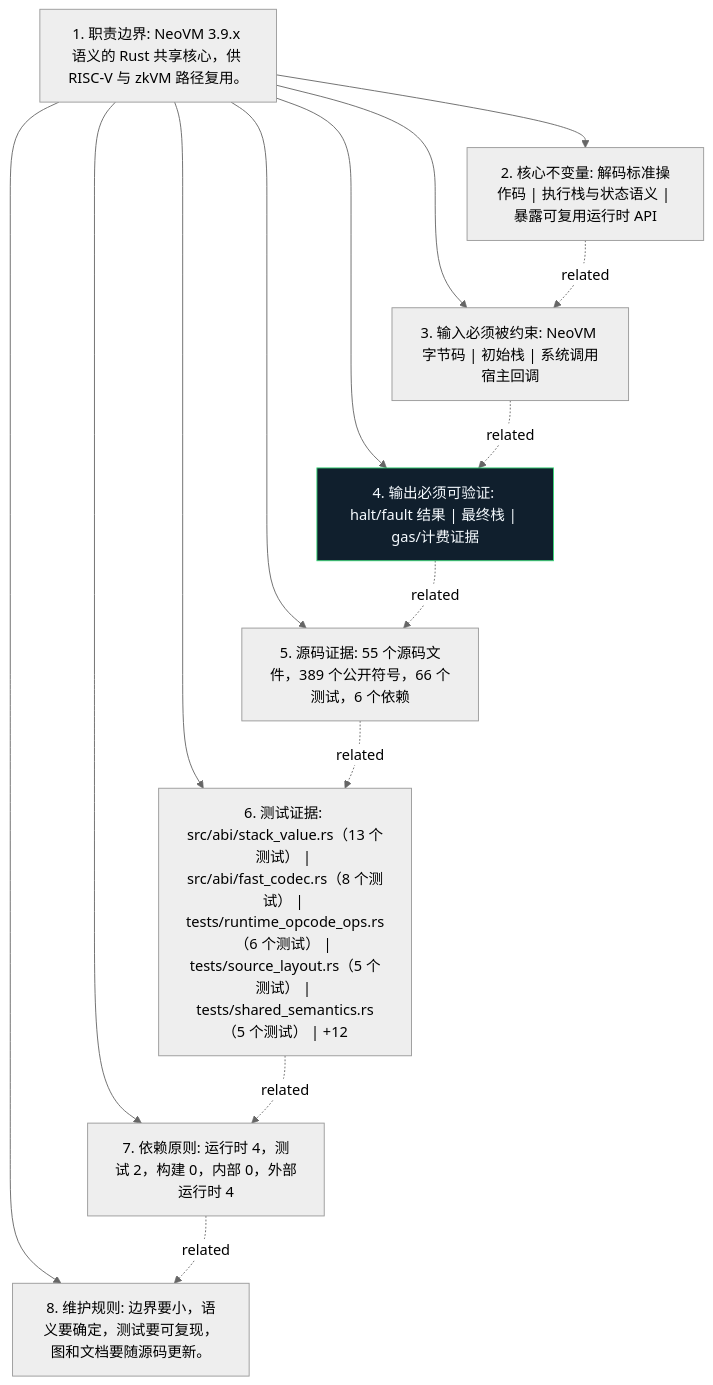
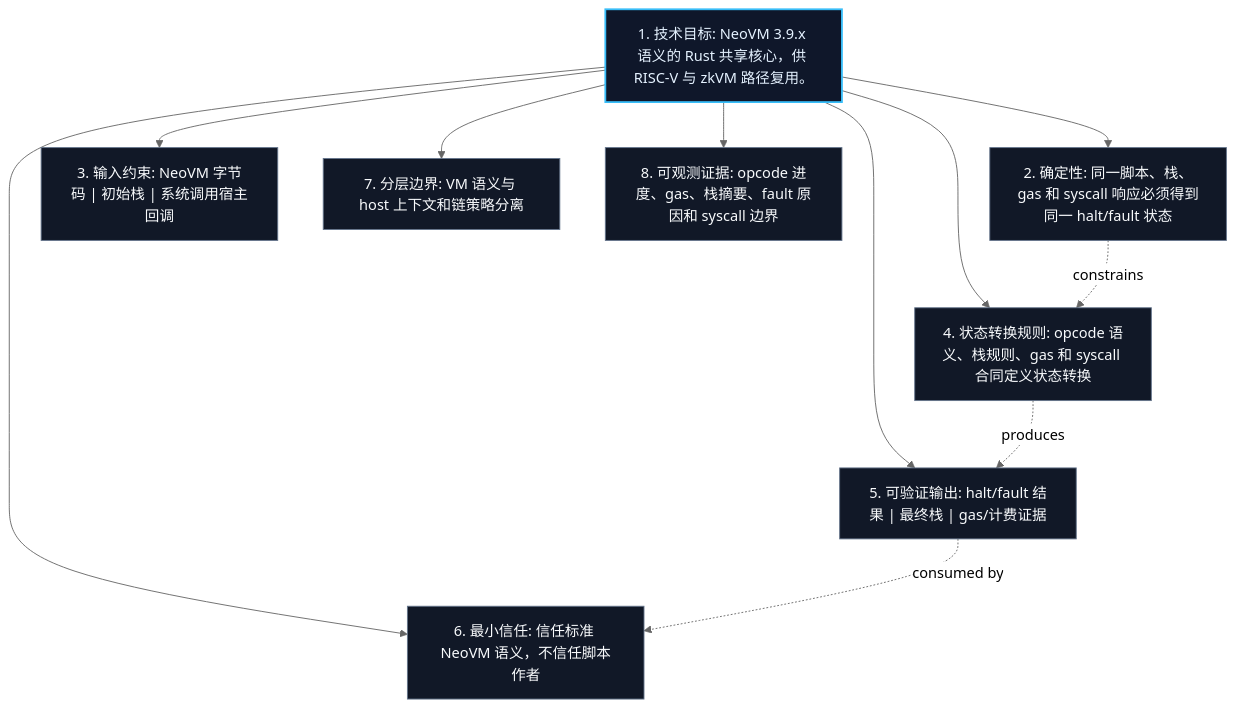
Before and after one commit to r3e-network/neo-vm-rs: the diagram in docs/figures/principles.zh.mmd, drawn with Mermaid (neutral theme). The commit also changed 63 other files, not shown here.

Commit message:
Replace crate diagrams with technical views

```diff
--- a/docs/figures/principles.zh.mmd
+++ b/docs/figures/principles.zh.mmd
@@ -1,24 +1,23 @@
 flowchart TB
-    N1["1. 职责边界: NeoVM 3.9.x 语义的 Rust 共享核心，供 RISC-V 与 zkVM 路径复用。"]
-    N2["2. 核心不变量: 解码标准操作码 | 执行栈与状态语义 | 暴露可复用运行时 API"]
-    N3["3. 输入必须被约束: NeoVM 字节码 | 初始栈 | 系统调用宿主回调"]
-    N4["4. 输出必须可验证: halt/fault 结果 | 最终栈 | gas/计费证据"]
-    N5["5. 源码证据: 55 个源码文件，389 个公开符号，66 个测试，6 个依赖"]
-    N6["6. 测试证据: src/abi/stack_value.rs（13 个测试） | src/abi/fast_codec.rs（8 个测试） | tests/runtime_opcode_ops.rs（6 个测试） | tests/source_layout.rs（5 个测试） | tests/shared_semantics.rs（5 个测试） | +12"]
-    N7["7. 依赖原则: 运行时 4，测试 2，构建 0，内部 0，外部运行时 4"]
-    N8["8. 维护规则: 边界要小，语义要确定，测试要可复现，图和文档要随源码更新。"]
+    N1["1. 技术目标: NeoVM 3.9.x 语义的 Rust 共享核心，供 RISC-V 与 zkVM 路径复用。"]
+    N2["2. 确定性: 同一脚本、栈、gas 和 syscall 响应必须得到同一 halt/fault 状态"]
+    N3["3. 输入约束: NeoVM 字节码 | 初始栈 | 系统调用宿主回调"]
+    N4["4. 状态转换规则: opcode 语义、栈规则、gas 和 syscall 合同定义状态转换"]
+    N5["5. 可验证输出: halt/fault 结果 | 最终栈 | gas/计费证据"]
+    N6["6. 最小信任: 信任标准 NeoVM 语义，不信任脚本作者"]
+    N7["7. 分层边界: VM 语义与 host 上下文和链策略分离"]
+    N8["8. 可观测证据: opcode 进度、gas、栈摘要、fault 原因和 syscall 边界"]
     N1 --> N2
     N1 --> N3
     N1 --> N4
     N1 --> N5
     N1 --> N6
     N1 --> N7
     N1 --> N8
-    N2 -. related .-> N3
-    N3 -. related .-> N4
-    N4 -. related .-> N5
-    N5 -. related .-> N6
-    N6 -. related .-> N7
-    N7 -. related .-> N8
-    classDef crate fill:#101f2d,stroke:#38d978,color:#f6fbff
-    class N4 crate
+    N2 -. constrains .-> N4
+    N4 -. produces .-> N5
+    N5 -. consumed by .-> N6
+    classDef core fill:#0f172a,stroke:#38bdf8,color:#e5f2ff,stroke-width:2px;
+    classDef support fill:#111827,stroke:#64748b,color:#f8fafc;
+    class N1 core;
+    class N2,N3,N4,N5,N6,N7,N8 support;
```
